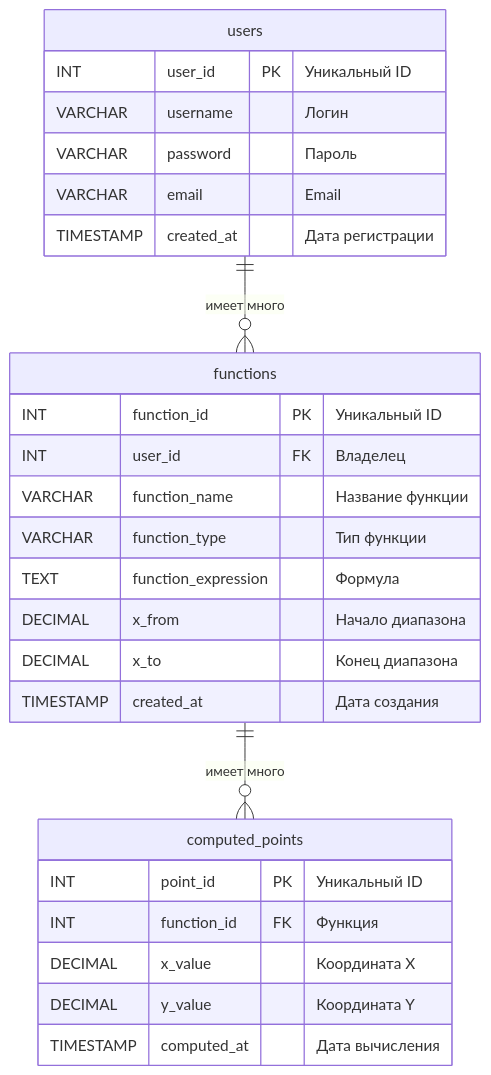
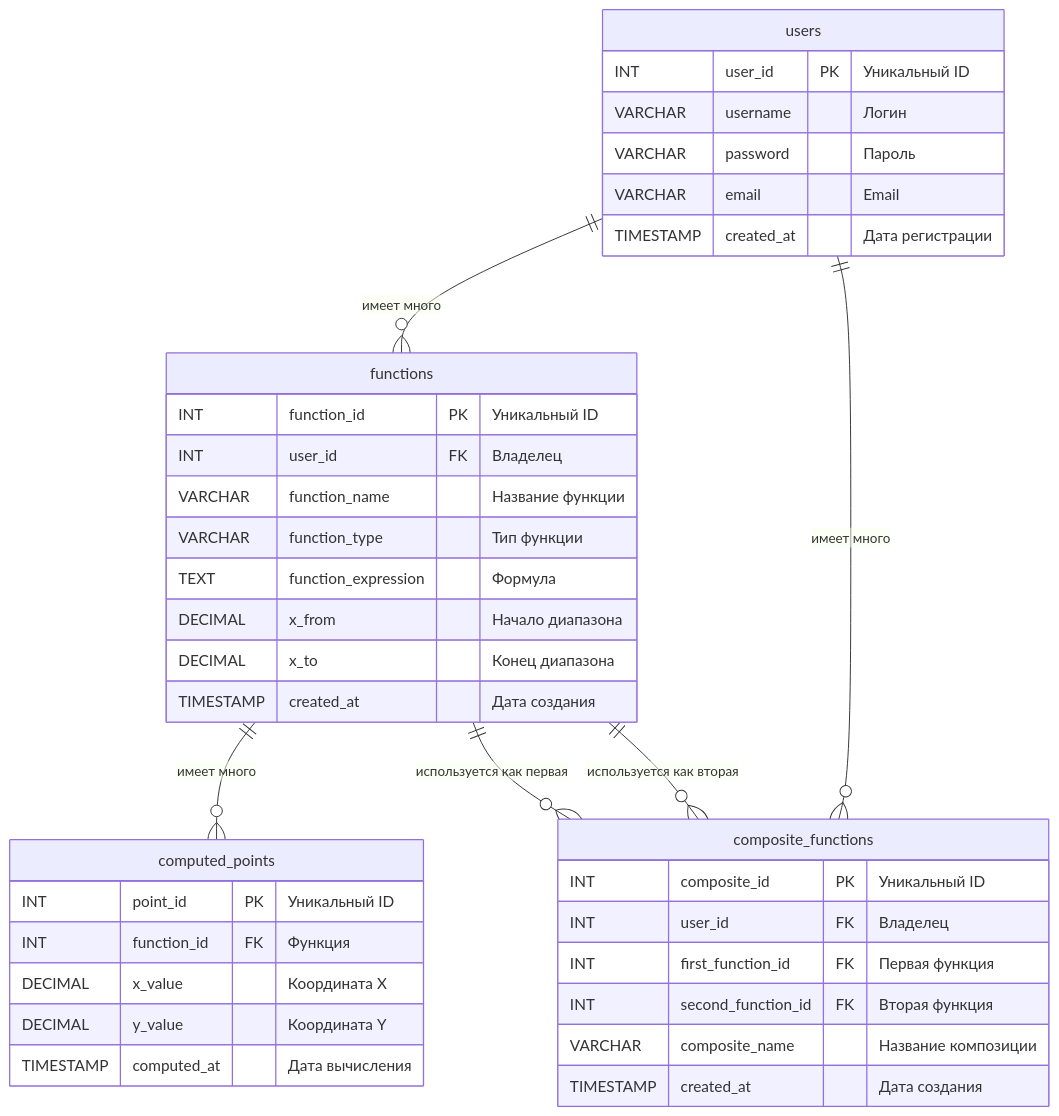
One commit to barinovadn/labs-OOP changed the diagram in README.md. Above: the diagram before and after it, drawn with Mermaid. The commit also changed 1 other file, not shown here.

Commit message:
docs: Update ER in readme & .puml

````diff
--- a/README.md
+++ b/README.md
@@ -11,32 +11,44 @@
 ```mermaid
 erDiagram
     users {
         INT user_id PK "Уникальный ID"
         VARCHAR username "Логин"
         VARCHAR password "Пароль"
         VARCHAR email "Email"
         TIMESTAMP created_at "Дата регистрации"
     }
 
     functions {
         INT function_id PK "Уникальный ID"
         INT user_id FK "Владелец"
         VARCHAR function_name "Название функции"
         VARCHAR function_type "Тип функции"
         TEXT function_expression "Формула"
         DECIMAL x_from "Начало диапазона"
         DECIMAL x_to "Конец диапазона"
         TIMESTAMP created_at "Дата создания"
     }
 
+    composite_functions {
+        INT composite_id PK "Уникальный ID"
+        INT user_id FK "Владелец"
+        INT first_function_id FK "Первая функция"
+        INT second_function_id FK "Вторая функция"
+        VARCHAR composite_name "Название композиции"
+        TIMESTAMP created_at "Дата создания"
+    }
+
     computed_points {
         INT point_id PK "Уникальный ID"
         INT function_id FK "Функция"
         DECIMAL x_value "Координата X"
         DECIMAL y_value "Координата Y"
         TIMESTAMP computed_at "Дата вычисления"
     }
 
     users ||--o{ functions : "имеет много"
+    users ||--o{ composite_functions : "имеет много"
     functions ||--o{ computed_points : "имеет много"
+    functions ||--o{ composite_functions : "используется как первая"
+    functions ||--o{ composite_functions : "используется как вторая"
 ```
````
